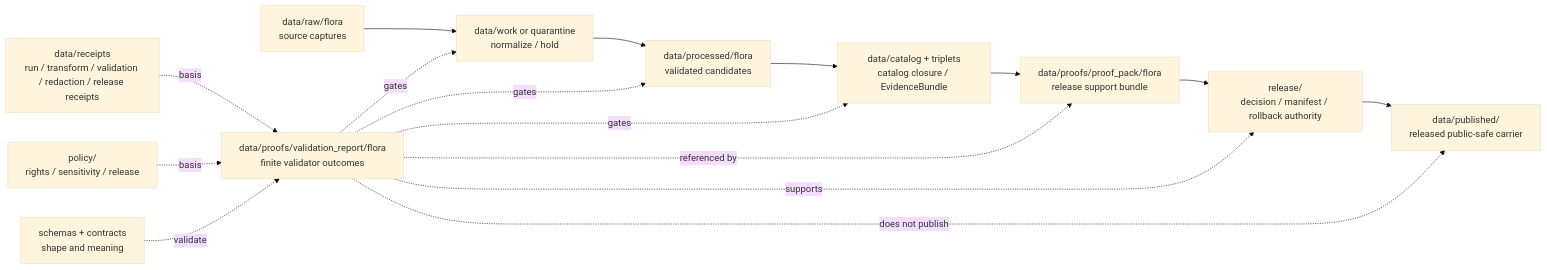
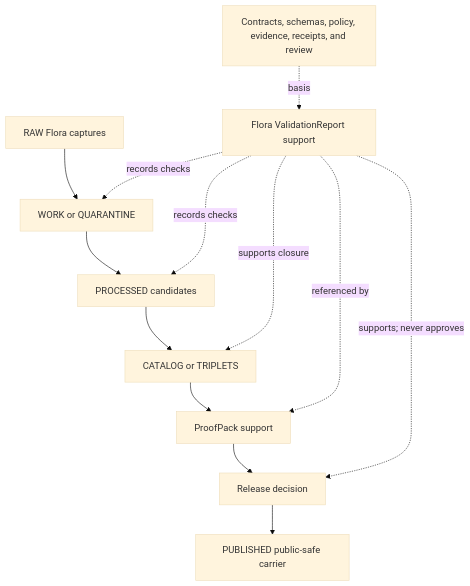
The diagram in data/proofs/validation_report/flora/README.md (bartytime4life/Kansas-Frontier-Matrix), drawn with Mermaid (base theme) before and after one commit. The commit also changed other lines of this file, not shown here.

Commit message:
docs(proofs): modernize Flora validation report README

````diff
--- a/data/proofs/validation_report/flora/README.md
+++ b/data/proofs/validation_report/flora/README.md
@@ -303,20 +413,16 @@
 ```mermaid
-flowchart LR
-  RAW["data/raw/flora<br/>source captures"] --> WORK["data/work or quarantine<br/>normalize / hold"]
-  WORK --> PROC["data/processed/flora<br/>validated candidates"]
-  PROC --> CAT["data/catalog + triplets<br/>catalog closure / EvidenceBundle"]
-  CAT --> PACK["data/proofs/proof_pack/flora<br/>release support bundle"]
-  PACK --> REL["release/<br/>decision / manifest / rollback authority"]
-  REL --> PUB["data/published/<br/>released public-safe carrier"]
+flowchart TD
+    RAW["RAW Flora captures"] --> WORK["WORK or QUARANTINE"]
+    WORK --> PROC["PROCESSED candidates"]
+    PROC --> CAT["CATALOG or TRIPLETS"]
+    CAT --> PACK["ProofPack support"]
+    PACK --> REL["Release decision"]
+    REL --> PUB["PUBLISHED public-safe carrier"]
 
-  VR["data/proofs/validation_report/flora<br/>finite validator outcomes"] -. gates .-> WORK
-  VR -. gates .-> PROC
-  VR -. gates .-> CAT
-  VR -. referenced by .-> PACK
-  VR -. supports .-> REL
-  VR -. "does not publish" .-> PUB
-
-  REC["data/receipts<br/>run / transform / validation / redaction / release receipts"] -. basis .-> VR
-  POL["policy/<br/>rights / sensitivity / release"] -. basis .-> VR
-  SCH["schemas + contracts<br/>shape and meaning"] -. validate .-> VR
+    BASIS["Contracts, schemas, policy, evidence, receipts, and review"] -. "basis" .-> VR["Flora ValidationReport support"]
+    VR -. "records checks" .-> WORK
+    VR -. "records checks" .-> PROC
+    VR -. "supports closure" .-> CAT
+    VR -. "referenced by" .-> PACK
+    VR -. "supports; never approves" .-> REL
 ```
````
